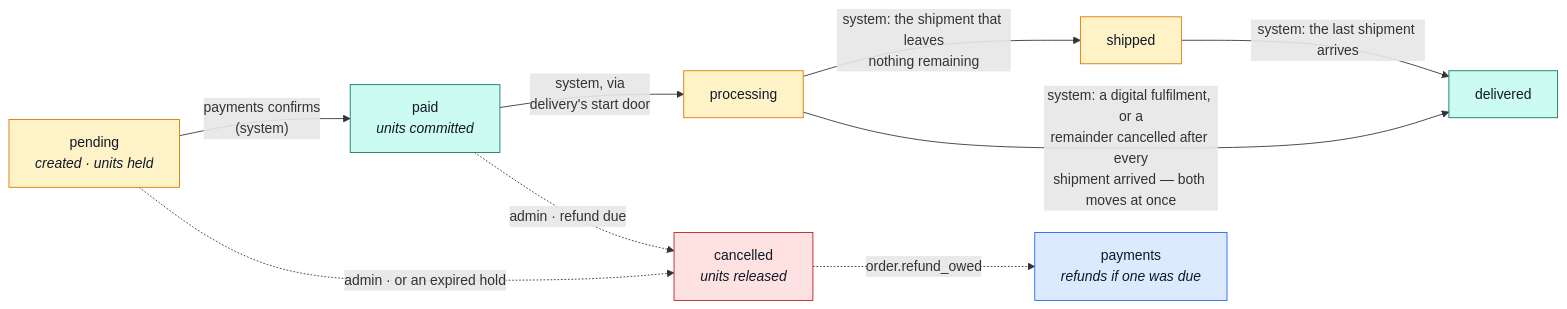
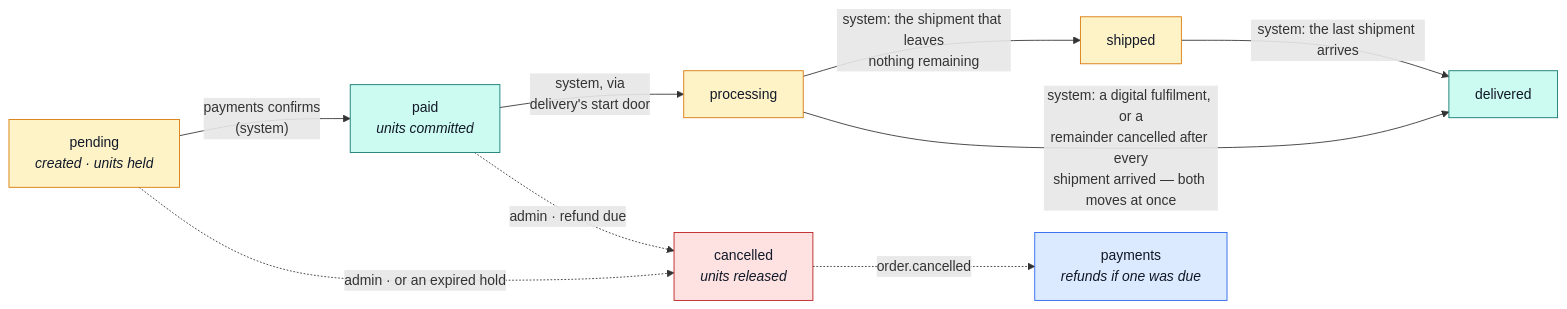
The third of 7 diagrams in docs/modules/orders.md (Guebbit/boilerplate-node-backend), drawn with Mermaid before and after one commit. The commit also changed other lines of this file and 45 other files, not shown here.

````diff
--- a/docs/modules/orders.md
+++ b/docs/modules/orders.md
@@ -220,21 +215,21 @@
 ```mermaid
 %%{init: {'flowchart': {'nodeSpacing': 30, 'rankSpacing': 55}}}%%
 flowchart LR
     P["pending<br/><i>created · units held</i>"] -->|"payments confirms<br/>(system)"| PA["paid<br/><i>units committed</i>"]
     PA -->|"system, via<br/>delivery's start door"| PR["processing"]
     PR -->|"system: the shipment that leaves<br/>nothing remaining"| SH["shipped"]
     SH -->|"system: the last shipment arrives"| DE["delivered"]
     PR -->|"system: a digital fulfilment, or a<br/>remainder cancelled after every<br/>shipment arrived — both moves at once"| DE
     P -.->|"admin · or an expired hold"| CA["cancelled<br/><i>units released</i>"]
     PA -.->|"admin · refund due"| CA
-    CA -. "order.refund_owed" .-> PM["payments<br/><i>refunds if one was due</i>"]
+    CA -. "order.cancelled" .-> PM["payments<br/><i>refunds if one was due</i>"]
 
     classDef open fill:#fef3c7,stroke:#d97706,color:#111827;
     classDef done fill:#ccfbf1,stroke:#0f766e,color:#111827;
     classDef bad fill:#fee2e2,stroke:#b91c1c,color:#111827;
     classDef peer fill:#dbeafe,stroke:#2563eb,color:#111827;
     class P,PR,SH open;
     class PA,DE done;
     class CA bad;
     class PM peer;
 ```
````
